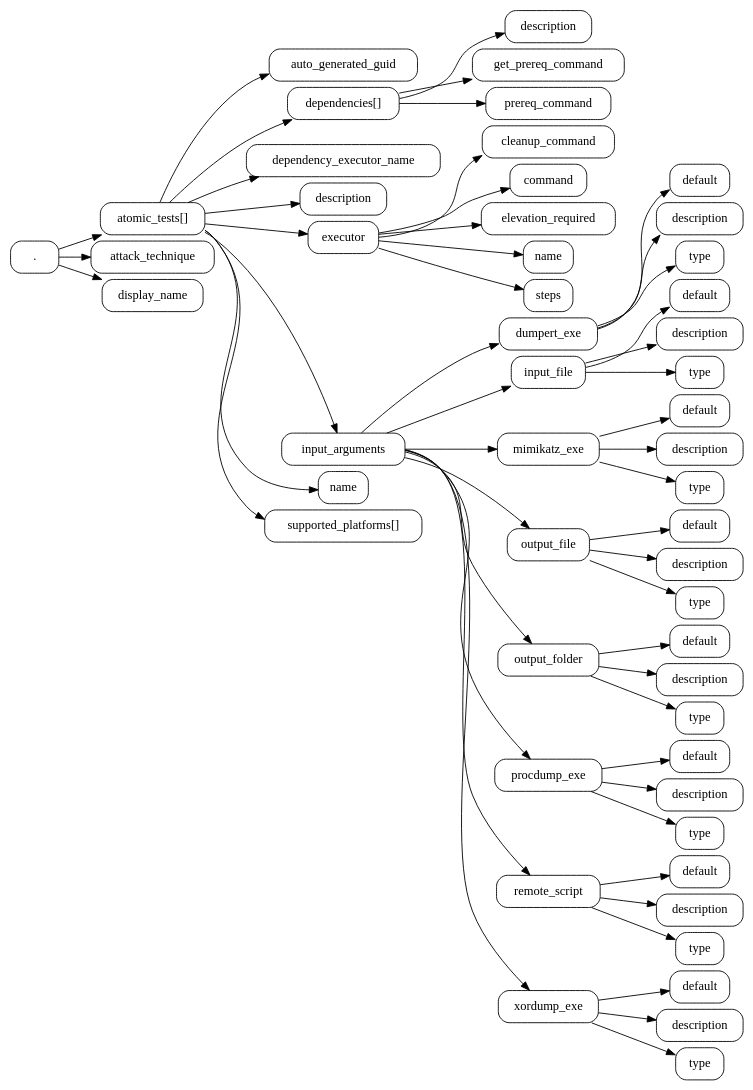
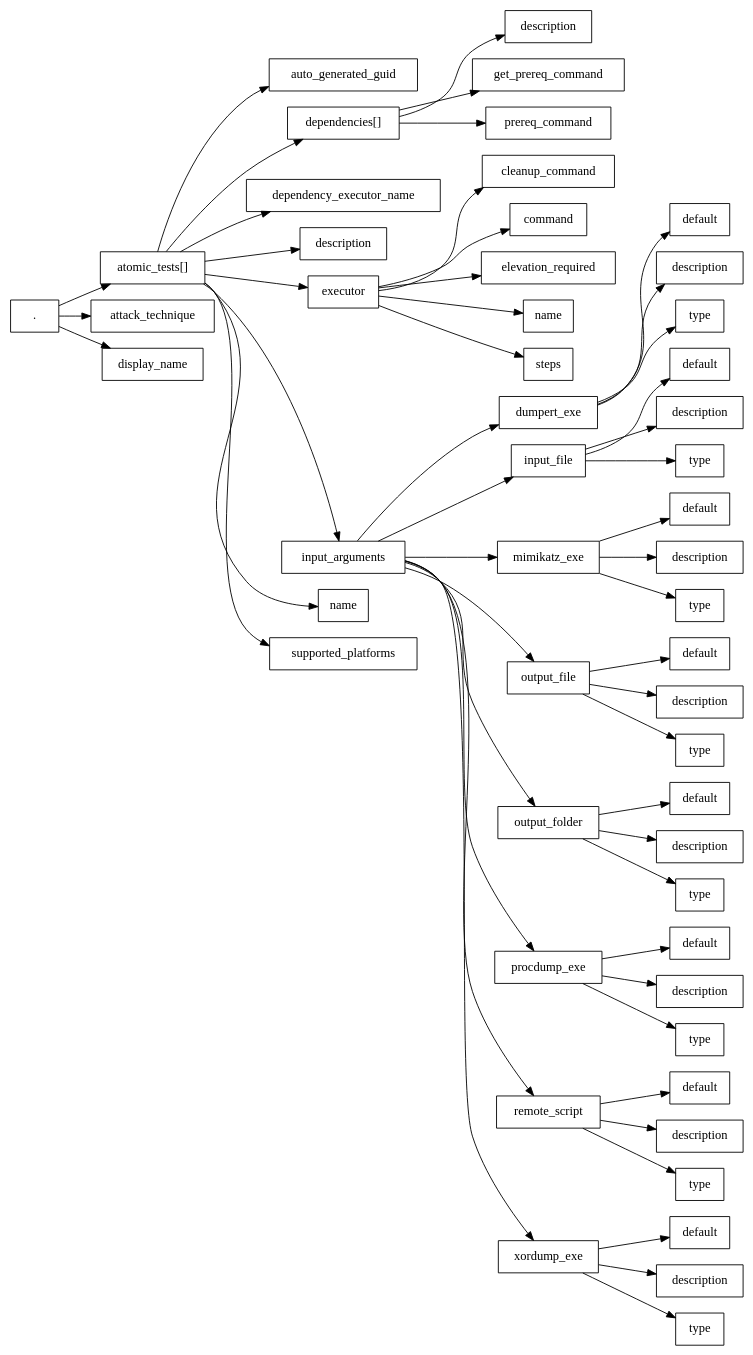
One commit to whitfieldsdad/json-kit changed the diagram in examples/atomic-red-team/T1003.001.dot. Above: the diagram before and after it, drawn with Graphviz. The commit also changed 117 other files, not shown here.

```diff
--- a/examples/atomic-red-team/T1003.001.dot
+++ b/examples/atomic-red-team/T1003.001.dot
@@ -1,113 +1,111 @@
 digraph G {
-    node [shape=box, style=rounded]
-    layout=dot
-    rankdir=LR
-    splines=true
-    ranksep=0.5
-    nodesep=0.1
+    node [shape=box];
+    edge [dir=forward];
+    rankdir=LR;
 
-    "atomic_tests[]"
-    "."
-    "atomic_tests[].auto_generated_guid" [label="auto_generated_guid"]
-    "atomic_tests[].dependencies[]" [label="dependencies[]"]
-    "atomic_tests[].dependencies[].description" [label="description"]
-    "atomic_tests[].dependencies[].get_prereq_command" [label="get_prereq_command"]
-    "atomic_tests[].dependencies[].prereq_command" [label="prereq_command"]
-    "atomic_tests[].dependency_executor_name" [label="dependency_executor_name"]
-    "atomic_tests[].description" [label="description"]
-    "atomic_tests[].executor" [label="executor"]
-    "atomic_tests[].executor.cleanup_command" [label="cleanup_command"]
-    "atomic_tests[].executor.command" [label="command"]
-    "atomic_tests[].executor.elevation_required" [label="elevation_required"]
-    "atomic_tests[].executor.name" [label="name"]
-    "atomic_tests[].executor.steps" [label="steps"]
-    "atomic_tests[].input_arguments" [label="input_arguments"]
-    "atomic_tests[].input_arguments.dumpert_exe" [label="dumpert_exe"]
-    "atomic_tests[].input_arguments.dumpert_exe.default" [label="default"]
-    "atomic_tests[].input_arguments.dumpert_exe.description" [label="description"]
-    "atomic_tests[].input_arguments.dumpert_exe.type" [label="type"]
-    "atomic_tests[].input_arguments.input_file" [label="input_file"]
-    "atomic_tests[].input_arguments.input_file.default" [label="default"]
-    "atomic_tests[].input_arguments.input_file.description" [label="description"]
-    "atomic_tests[].input_arguments.input_file.type" [label="type"]
-    "atomic_tests[].input_arguments.mimikatz_exe" [label="mimikatz_exe"]
-    "atomic_tests[].input_arguments.mimikatz_exe.default" [label="default"]
-    "atomic_tests[].input_arguments.mimikatz_exe.description" [label="description"]
-    "atomic_tests[].input_arguments.mimikatz_exe.type" [label="type"]
-    "atomic_tests[].input_arguments.output_file" [label="output_file"]
-    "atomic_tests[].input_arguments.output_file.default" [label="default"]
-    "atomic_tests[].input_arguments.output_file.description" [label="description"]
-    "atomic_tests[].input_arguments.output_file.type" [label="type"]
-    "atomic_tests[].input_arguments.output_folder" [label="output_folder"]
-    "atomic_tests[].input_arguments.output_folder.default" [label="default"]
-    "atomic_tests[].input_arguments.output_folder.description" [label="description"]
-    "atomic_tests[].input_arguments.output_folder.type" [label="type"]
-    "atomic_tests[].input_arguments.procdump_exe" [label="procdump_exe"]
-    "atomic_tests[].input_arguments.procdump_exe.default" [label="default"]
-    "atomic_tests[].input_arguments.procdump_exe.description" [label="description"]
-    "atomic_tests[].input_arguments.procdump_exe.type" [label="type"]
-    "atomic_tests[].input_arguments.remote_script" [label="remote_script"]
-    "atomic_tests[].input_arguments.remote_script.default" [label="default"]
-    "atomic_tests[].input_arguments.remote_script.description" [label="description"]
-    "atomic_tests[].input_arguments.remote_script.type" [label="type"]
-    "atomic_tests[].input_arguments.xordump_exe" [label="xordump_exe"]
-    "atomic_tests[].input_arguments.xordump_exe.default" [label="default"]
-    "atomic_tests[].input_arguments.xordump_exe.description" [label="description"]
-    "atomic_tests[].input_arguments.xordump_exe.type" [label="type"]
-    "atomic_tests[].name" [label="name"]
-    "atomic_tests[].supported_platforms[]" [label="supported_platforms[]"]
-    "attack_technique"
-    "display_name"
+    "a0623730-ac00-4245-8d57-4579dba097f1" [label="."];
+    "atomic_tests[]" [label="atomic_tests[]"];
+    "atomic_tests[].auto_generated_guid" [label="auto_generated_guid"];
+    "atomic_tests[].dependencies[]" [label="dependencies[]"];
+    "atomic_tests[].dependencies[].description" [label="description"];
+    "atomic_tests[].dependencies[].get_prereq_command" [label="get_prereq_command"];
+    "atomic_tests[].dependencies[].prereq_command" [label="prereq_command"];
+    "atomic_tests[].dependency_executor_name" [label="dependency_executor_name"];
+    "atomic_tests[].description" [label="description"];
+    "atomic_tests[].executor" [label="executor"];
+    "atomic_tests[].executor.cleanup_command" [label="cleanup_command"];
+    "atomic_tests[].executor.command" [label="command"];
+    "atomic_tests[].executor.elevation_required" [label="elevation_required"];
+    "atomic_tests[].executor.name" [label="name"];
+    "atomic_tests[].executor.steps" [label="steps"];
+    "atomic_tests[].input_arguments" [label="input_arguments"];
+    "atomic_tests[].input_arguments.dumpert_exe" [label="dumpert_exe"];
+    "atomic_tests[].input_arguments.dumpert_exe.default" [label="default"];
+    "atomic_tests[].input_arguments.dumpert_exe.description" [label="description"];
+    "atomic_tests[].input_arguments.dumpert_exe.type" [label="type"];
+    "atomic_tests[].input_arguments.input_file" [label="input_file"];
+    "atomic_tests[].input_arguments.input_file.default" [label="default"];
+    "atomic_tests[].input_arguments.input_file.description" [label="description"];
+    "atomic_tests[].input_arguments.input_file.type" [label="type"];
+    "atomic_tests[].input_arguments.mimikatz_exe" [label="mimikatz_exe"];
+    "atomic_tests[].input_arguments.mimikatz_exe.default" [label="default"];
+    "atomic_tests[].input_arguments.mimikatz_exe.description" [label="description"];
+    "atomic_tests[].input_arguments.mimikatz_exe.type" [label="type"];
+    "atomic_tests[].input_arguments.output_file" [label="output_file"];
+    "atomic_tests[].input_arguments.output_file.default" [label="default"];
+    "atomic_tests[].input_arguments.output_file.description" [label="description"];
+    "atomic_tests[].input_arguments.output_file.type" [label="type"];
+    "atomic_tests[].input_arguments.output_folder" [label="output_folder"];
+    "atomic_tests[].input_arguments.output_folder.default" [label="default"];
+    "atomic_tests[].input_arguments.output_folder.description" [label="description"];
+    "atomic_tests[].input_arguments.output_folder.type" [label="type"];
+    "atomic_tests[].input_arguments.procdump_exe" [label="procdump_exe"];
+    "atomic_tests[].input_arguments.procdump_exe.default" [label="default"];
+    "atomic_tests[].input_arguments.procdump_exe.description" [label="description"];
+    "atomic_tests[].input_arguments.procdump_exe.type" [label="type"];
+    "atomic_tests[].input_arguments.remote_script" [label="remote_script"];
+    "atomic_tests[].input_arguments.remote_script.default" [label="default"];
+    "atomic_tests[].input_arguments.remote_script.description" [label="description"];
+    "atomic_tests[].input_arguments.remote_script.type" [label="type"];
+    "atomic_tests[].input_arguments.xordump_exe" [label="xordump_exe"];
+    "atomic_tests[].input_arguments.xordump_exe.default" [label="default"];
+    "atomic_tests[].input_arguments.xordump_exe.description" [label="description"];
+    "atomic_tests[].input_arguments.xordump_exe.type" [label="type"];
+    "atomic_tests[].name" [label="name"];
+    "atomic_tests[].supported_platforms" [label="supported_platforms"];
+    "attack_technique" [label="attack_technique"];
+    "display_name" [label="display_name"];
 
-    "atomic_tests[]" -> "atomic_tests[].auto_generated_guid"
-    "atomic_tests[]" -> "atomic_tests[].dependencies[]"
-    "atomic_tests[]" -> "atomic_tests[].dependency_executor_name"
-    "atomic_tests[]" -> "atomic_tests[].description"
-    "atomic_tests[]" -> "atomic_tests[].executor"
-    "atomic_tests[]" -> "atomic_tests[].input_arguments"
-    "atomic_tests[]" -> "atomic_tests[].name"
-    "atomic_tests[]" -> "atomic_tests[].supported_platforms[]"
-    "." -> "atomic_tests[]"
-    "." -> "attack_technique"
-    "." -> "display_name"
-    "atomic_tests[].dependencies[]" -> "atomic_tests[].dependencies[].description"
-    "atomic_tests[].dependencies[]" -> "atomic_tests[].dependencies[].get_prereq_command"
-    "atomic_tests[].dependencies[]" -> "atomic_tests[].dependencies[].prereq_command"
-    "atomic_tests[].executor" -> "atomic_tests[].executor.cleanup_command"
-    "atomic_tests[].executor" -> "atomic_tests[].executor.command"
-    "atomic_tests[].executor" -> "atomic_tests[].executor.elevation_required"
-    "atomic_tests[].executor" -> "atomic_tests[].executor.name"
-    "atomic_tests[].executor" -> "atomic_tests[].executor.steps"
-    "atomic_tests[].input_arguments" -> "atomic_tests[].input_arguments.dumpert_exe"
-    "atomic_tests[].input_arguments" -> "atomic_tests[].input_arguments.input_file"
-    "atomic_tests[].input_arguments" -> "atomic_tests[].input_arguments.mimikatz_exe"
-    "atomic_tests[].input_arguments" -> "atomic_tests[].input_arguments.output_file"
-    "atomic_tests[].input_arguments" -> "atomic_tests[].input_arguments.output_folder"
-    "atomic_tests[].input_arguments" -> "atomic_tests[].input_arguments.procdump_exe"
-    "atomic_tests[].input_arguments" -> "atomic_tests[].input_arguments.remote_script"
-    "atomic_tests[].input_arguments" -> "atomic_tests[].input_arguments.xordump_exe"
-    "atomic_tests[].input_arguments.dumpert_exe" -> "atomic_tests[].input_arguments.dumpert_exe.default"
-    "atomic_tests[].input_arguments.dumpert_exe" -> "atomic_tests[].input_arguments.dumpert_exe.description"
-    "atomic_tests[].input_arguments.dumpert_exe" -> "atomic_tests[].input_arguments.dumpert_exe.type"
-    "atomic_tests[].input_arguments.input_file" -> "atomic_tests[].input_arguments.input_file.default"
-    "atomic_tests[].input_arguments.input_file" -> "atomic_tests[].input_arguments.input_file.description"
-    "atomic_tests[].input_arguments.input_file" -> "atomic_tests[].input_arguments.input_file.type"
-    "atomic_tests[].input_arguments.mimikatz_exe" -> "atomic_tests[].input_arguments.mimikatz_exe.default"
-    "atomic_tests[].input_arguments.mimikatz_exe" -> "atomic_tests[].input_arguments.mimikatz_exe.description"
-    "atomic_tests[].input_arguments.mimikatz_exe" -> "atomic_tests[].input_arguments.mimikatz_exe.type"
-    "atomic_tests[].input_arguments.output_file" -> "atomic_tests[].input_arguments.output_file.default"
-    "atomic_tests[].input_arguments.output_file" -> "atomic_tests[].input_arguments.output_file.description"
-    "atomic_tests[].input_arguments.output_file" -> "atomic_tests[].input_arguments.output_file.type"
-    "atomic_tests[].input_arguments.output_folder" -> "atomic_tests[].input_arguments.output_folder.default"
-    "atomic_tests[].input_arguments.output_folder" -> "atomic_tests[].input_arguments.output_folder.description"
-    "atomic_tests[].input_arguments.output_folder" -> "atomic_tests[].input_arguments.output_folder.type"
-    "atomic_tests[].input_arguments.procdump_exe" -> "atomic_tests[].input_arguments.procdump_exe.default"
-    "atomic_tests[].input_arguments.procdump_exe" -> "atomic_tests[].input_arguments.procdump_exe.description"
-    "atomic_tests[].input_arguments.procdump_exe" -> "atomic_tests[].input_arguments.procdump_exe.type"
-    "atomic_tests[].input_arguments.remote_script" -> "atomic_tests[].input_arguments.remote_script.default"
-    "atomic_tests[].input_arguments.remote_script" -> "atomic_tests[].input_arguments.remote_script.description"
-    "atomic_tests[].input_arguments.remote_script" -> "atomic_tests[].input_arguments.remote_script.type"
-    "atomic_tests[].input_arguments.xordump_exe" -> "atomic_tests[].input_arguments.xordump_exe.default"
-    "atomic_tests[].input_arguments.xordump_exe" -> "atomic_tests[].input_arguments.xordump_exe.description"
-    "atomic_tests[].input_arguments.xordump_exe" -> "atomic_tests[].input_arguments.xordump_exe.type"
+    "a0623730-ac00-4245-8d57-4579dba097f1" -> "atomic_tests[]";
+    "a0623730-ac00-4245-8d57-4579dba097f1" -> "attack_technique";
+    "a0623730-ac00-4245-8d57-4579dba097f1" -> "display_name";
+
+    "atomic_tests[]" -> "atomic_tests[].auto_generated_guid";
+    "atomic_tests[]" -> "atomic_tests[].dependencies[]";
+    "atomic_tests[]" -> "atomic_tests[].dependency_executor_name";
+    "atomic_tests[]" -> "atomic_tests[].description";
+    "atomic_tests[]" -> "atomic_tests[].executor";
+    "atomic_tests[]" -> "atomic_tests[].input_arguments";
+    "atomic_tests[]" -> "atomic_tests[].name";
+    "atomic_tests[]" -> "atomic_tests[].supported_platforms";
+    "atomic_tests[].dependencies[]" -> "atomic_tests[].dependencies[].description";
+    "atomic_tests[].dependencies[]" -> "atomic_tests[].dependencies[].get_prereq_command";
+    "atomic_tests[].dependencies[]" -> "atomic_tests[].dependencies[].prereq_command";
+    "atomic_tests[].executor" -> "atomic_tests[].executor.cleanup_command";
+    "atomic_tests[].executor" -> "atomic_tests[].executor.command";
+    "atomic_tests[].executor" -> "atomic_tests[].executor.elevation_required";
+    "atomic_tests[].executor" -> "atomic_tests[].executor.name";
+    "atomic_tests[].executor" -> "atomic_tests[].executor.steps";
+    "atomic_tests[].input_arguments" -> "atomic_tests[].input_arguments.dumpert_exe";
+    "atomic_tests[].input_arguments" -> "atomic_tests[].input_arguments.input_file";
+    "atomic_tests[].input_arguments" -> "atomic_tests[].input_arguments.mimikatz_exe";
+    "atomic_tests[].input_arguments" -> "atomic_tests[].input_arguments.output_file";
+    "atomic_tests[].input_arguments" -> "atomic_tests[].input_arguments.output_folder";
+    "atomic_tests[].input_arguments" -> "atomic_tests[].input_arguments.procdump_exe";
+    "atomic_tests[].input_arguments" -> "atomic_tests[].input_arguments.remote_script";
+    "atomic_tests[].input_arguments" -> "atomic_tests[].input_arguments.xordump_exe";
+    "atomic_tests[].input_arguments.dumpert_exe" -> "atomic_tests[].input_arguments.dumpert_exe.default";
+    "atomic_tests[].input_arguments.dumpert_exe" -> "atomic_tests[].input_arguments.dumpert_exe.description";
+    "atomic_tests[].input_arguments.dumpert_exe" -> "atomic_tests[].input_arguments.dumpert_exe.type";
+    "atomic_tests[].input_arguments.input_file" -> "atomic_tests[].input_arguments.input_file.default";
+    "atomic_tests[].input_arguments.input_file" -> "atomic_tests[].input_arguments.input_file.description";
+    "atomic_tests[].input_arguments.input_file" -> "atomic_tests[].input_arguments.input_file.type";
+    "atomic_tests[].input_arguments.mimikatz_exe" -> "atomic_tests[].input_arguments.mimikatz_exe.default";
+    "atomic_tests[].input_arguments.mimikatz_exe" -> "atomic_tests[].input_arguments.mimikatz_exe.description";
+    "atomic_tests[].input_arguments.mimikatz_exe" -> "atomic_tests[].input_arguments.mimikatz_exe.type";
+    "atomic_tests[].input_arguments.output_file" -> "atomic_tests[].input_arguments.output_file.default";
+    "atomic_tests[].input_arguments.output_file" -> "atomic_tests[].input_arguments.output_file.description";
+    "atomic_tests[].input_arguments.output_file" -> "atomic_tests[].input_arguments.output_file.type";
+    "atomic_tests[].input_arguments.output_folder" -> "atomic_tests[].input_arguments.output_folder.default";
+    "atomic_tests[].input_arguments.output_folder" -> "atomic_tests[].input_arguments.output_folder.description";
+    "atomic_tests[].input_arguments.output_folder" -> "atomic_tests[].input_arguments.output_folder.type";
+    "atomic_tests[].input_arguments.procdump_exe" -> "atomic_tests[].input_arguments.procdump_exe.default";
+    "atomic_tests[].input_arguments.procdump_exe" -> "atomic_tests[].input_arguments.procdump_exe.description";
+    "atomic_tests[].input_arguments.procdump_exe" -> "atomic_tests[].input_arguments.procdump_exe.type";
+    "atomic_tests[].input_arguments.remote_script" -> "atomic_tests[].input_arguments.remote_script.default";
+    "atomic_tests[].input_arguments.remote_script" -> "atomic_tests[].input_arguments.remote_script.description";
+    "atomic_tests[].input_arguments.remote_script" -> "atomic_tests[].input_arguments.remote_script.type";
+    "atomic_tests[].input_arguments.xordump_exe" -> "atomic_tests[].input_arguments.xordump_exe.default";
+    "atomic_tests[].input_arguments.xordump_exe" -> "atomic_tests[].input_arguments.xordump_exe.description";
+    "atomic_tests[].input_arguments.xordump_exe" -> "atomic_tests[].input_arguments.xordump_exe.type";
 }
```
